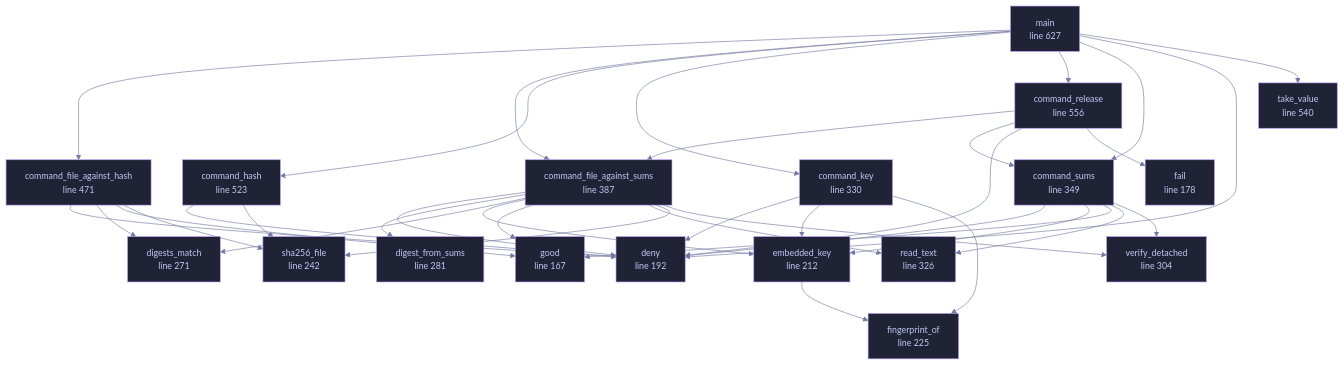
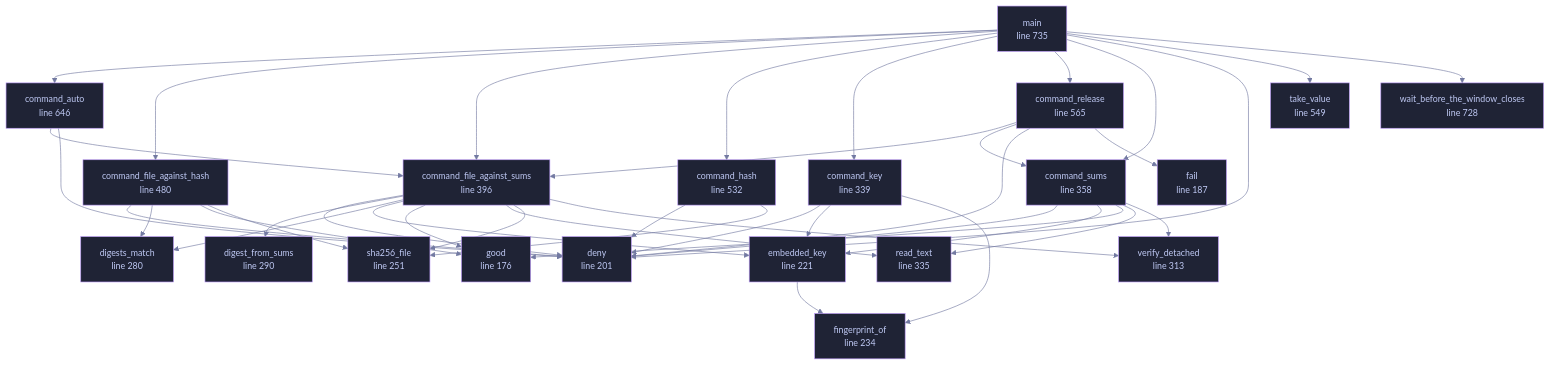
Before and after one commit to tilas01/veilvoice: the diagram in docs/files/veilvoice-verify/main.md, drawn with Mermaid. The commit also changed other lines of this file and 18 other files, not shown here.

````diff
--- a/docs/files/veilvoice-verify/main.md
+++ b/docs/files/veilvoice-verify/main.md
@@ -78,24 +78,28 @@
 ```mermaid
 %%{init: {"theme":"base","themeVariables":{"background":"#1a1b26","primaryColor":"#1f2335","primaryTextColor":"#c0caf5","primaryBorderColor":"#7aa2f7","secondaryColor":"#16161e","tertiaryColor":"#16161e","lineColor":"#737aa2","textColor":"#c0caf5","mainBkg":"#1f2335","nodeBorder":"#7aa2f7","clusterBkg":"#16161e","clusterBorder":"#2f3549","fontFamily":"ui-monospace, SFMono-Regular, Consolas, monospace","fontSize":"14px"}}}%%
 flowchart TD
-    n_good["good<br/>line 167"]
-    n_fail["fail<br/>line 178"]
-    n_deny["deny<br/>line 192"]
-    n_embedded_key["embedded_key<br/>line 212"]
-    n_fingerprint_of["fingerprint_of<br/>line 225"]
-    n_sha256_file["sha256_file<br/>line 242"]
-    n_digests_match["digests_match<br/>line 271"]
-    n_digest_from_sums["digest_from_sums<br/>line 281"]
-    n_verify_detached["verify_detached<br/>line 304"]
-    n_read_text["read_text<br/>line 326"]
-    n_command_key["command_key<br/>line 330"]
-    n_command_sums["command_sums<br/>line 349"]
-    n_command_file_against_sums["command_file_against_sums<br/>line 387"]
-    n_command_file_against_hash["command_file_against_hash<br/>line 471"]
-    n_command_hash["command_hash<br/>line 523"]
-    n_take_value["take_value<br/>line 540"]
-    n_command_release["command_release<br/>line 556"]
-    n_main["main<br/>line 627"]
+    n_good["good<br/>line 176"]
+    n_fail["fail<br/>line 187"]
+    n_deny["deny<br/>line 201"]
+    n_embedded_key["embedded_key<br/>line 221"]
+    n_fingerprint_of["fingerprint_of<br/>line 234"]
+    n_sha256_file["sha256_file<br/>line 251"]
+    n_digests_match["digests_match<br/>line 280"]
+    n_digest_from_sums["digest_from_sums<br/>line 290"]
+    n_verify_detached["verify_detached<br/>line 313"]
+    n_read_text["read_text<br/>line 335"]
+    n_command_key["command_key<br/>line 339"]
+    n_command_sums["command_sums<br/>line 358"]
+    n_command_file_against_sums["command_file_against_sums<br/>line 396"]
+    n_command_file_against_hash["command_file_against_hash<br/>line 480"]
+    n_command_hash["command_hash<br/>line 532"]
+    n_take_value["take_value<br/>line 549"]
+    n_command_release["command_release<br/>line 565"]
+    n_command_auto["command_auto<br/>line 646"]
+    n_wait_before_the_window_closes["wait_before_the_window_closes<br/>line 728"]
+    n_main["main<br/>line 735"]
+    n_command_auto --> n_command_file_against_sums
+    n_command_auto --> n_deny
     n_command_file_against_hash --> n_deny
     n_command_file_against_hash --> n_digests_match
     n_command_file_against_hash --> n_good
@@ -123,6 +127,7 @@
     n_command_sums --> n_read_text
     n_command_sums --> n_verify_detached
     n_embedded_key --> n_fingerprint_of
+    n_main --> n_command_auto
     n_main --> n_command_file_against_hash
     n_main --> n_command_file_against_sums
     n_main --> n_command_hash
@@ -131,24 +136,27 @@
     n_main --> n_command_sums
     n_main --> n_deny
     n_main --> n_take_value
-    click n_good href "https://github.com/tilas01/veilvoice/blob/main/crates/veilvoice-verify/src/main.rs#L167" "open the source"
-    click n_fail href "https://github.com/tilas01/veilvoice/blob/main/crates/veilvoice-verify/src/main.rs#L178" "open the source"
-    click n_deny href "https://github.com/tilas01/veilvoice/blob/main/crates/veilvoice-verify/src/main.rs#L192" "open the source"
-    click n_embedded_key href "https://github.com/tilas01/veilvoice/blob/main/crates/veilvoice-verify/src/main.rs#L212" "open the source"
-    click n_fingerprint_of href "https://github.com/tilas01/veilvoice/blob/main/crates/veilvoice-verify/src/main.rs#L225" "open the source"
-    click n_sha256_file href "https://github.com/tilas01/veilvoice/blob/main/crates/veilvoice-verify/src/main.rs#L242" "open the source"
-    click n_digests_match href "https://github.com/tilas01/veilvoice/blob/main/crates/veilvoice-verify/src/main.rs#L271" "open the source"
-    click n_digest_from_sums href "https://github.com/tilas01/veilvoice/blob/main/crates/veilvoice-verify/src/main.rs#L281" "open the source"
-    click n_verify_detached href "https://github.com/tilas01/veilvoice/blob/main/crates/veilvoice-verify/src/main.rs#L304" "open the source"
-    click n_read_text href "https://github.com/tilas01/veilvoice/blob/main/crates/veilvoice-verify/src/main.rs#L326" "open the source"
-    click n_command_key href "https://github.com/tilas01/veilvoice/blob/main/crates/veilvoice-verify/src/main.rs#L330" "open the source"
-    click n_command_sums href "https://github.com/tilas01/veilvoice/blob/main/crates/veilvoice-verify/src/main.rs#L349" "open the source"
-    click n_command_file_against_sums href "https://github.com/tilas01/veilvoice/blob/main/crates/veilvoice-verify/src/main.rs#L387" "open the source"
-    click n_command_file_against_hash href "https://github.com/tilas01/veilvoice/blob/main/crates/veilvoice-verify/src/main.rs#L471" "open the source"
-    click n_command_hash href "https://github.com/tilas01/veilvoice/blob/main/crates/veilvoice-verify/src/main.rs#L523" "open the source"
-    click n_take_value href "https://github.com/tilas01/veilvoice/blob/main/crates/veilvoice-verify/src/main.rs#L540" "open the source"
-    click n_command_release href "https://github.com/tilas01/veilvoice/blob/main/crates/veilvoice-verify/src/main.rs#L556" "open the source"
-    click n_main href "https://github.com/tilas01/veilvoice/blob/main/crates/veilvoice-verify/src/main.rs#L627" "open the source"
+    n_main --> n_wait_before_the_window_closes
+    click n_good href "https://github.com/tilas01/veilvoice/blob/main/crates/veilvoice-verify/src/main.rs#L176" "open the source"
+    click n_fail href "https://github.com/tilas01/veilvoice/blob/main/crates/veilvoice-verify/src/main.rs#L187" "open the source"
+    click n_deny href "https://github.com/tilas01/veilvoice/blob/main/crates/veilvoice-verify/src/main.rs#L201" "open the source"
+    click n_embedded_key href "https://github.com/tilas01/veilvoice/blob/main/crates/veilvoice-verify/src/main.rs#L221" "open the source"
+    click n_fingerprint_of href "https://github.com/tilas01/veilvoice/blob/main/crates/veilvoice-verify/src/main.rs#L234" "open the source"
+    click n_sha256_file href "https://github.com/tilas01/veilvoice/blob/main/crates/veilvoice-verify/src/main.rs#L251" "open the source"
+    click n_digests_match href "https://github.com/tilas01/veilvoice/blob/main/crates/veilvoice-verify/src/main.rs#L280" "open the source"
+    click n_digest_from_sums href "https://github.com/tilas01/veilvoice/blob/main/crates/veilvoice-verify/src/main.rs#L290" "open the source"
+    click n_verify_detached href "https://github.com/tilas01/veilvoice/blob/main/crates/veilvoice-verify/src/main.rs#L313" "open the source"
+    click n_read_text href "https://github.com/tilas01/veilvoice/blob/main/crates/veilvoice-verify/src/main.rs#L335" "open the source"
+    click n_command_key href "https://github.com/tilas01/veilvoice/blob/main/crates/veilvoice-verify/src/main.rs#L339" "open the source"
+    click n_command_sums href "https://github.com/tilas01/veilvoice/blob/main/crates/veilvoice-verify/src/main.rs#L358" "open the source"
+    click n_command_file_against_sums href "https://github.com/tilas01/veilvoice/blob/main/crates/veilvoice-verify/src/main.rs#L396" "open the source"
+    click n_command_file_against_hash href "https://github.com/tilas01/veilvoice/blob/main/crates/veilvoice-verify/src/main.rs#L480" "open the source"
+    click n_command_hash href "https://github.com/tilas01/veilvoice/blob/main/crates/veilvoice-verify/src/main.rs#L532" "open the source"
+    click n_take_value href "https://github.com/tilas01/veilvoice/blob/main/crates/veilvoice-verify/src/main.rs#L549" "open the source"
+    click n_command_release href "https://github.com/tilas01/veilvoice/blob/main/crates/veilvoice-verify/src/main.rs#L565" "open the source"
+    click n_command_auto href "https://github.com/tilas01/veilvoice/blob/main/crates/veilvoice-verify/src/main.rs#L646" "open the source"
+    click n_wait_before_the_window_closes href "https://github.com/tilas01/veilvoice/blob/main/crates/veilvoice-verify/src/main.rs#L728" "open the source"
+    click n_main href "https://github.com/tilas01/veilvoice/blob/main/crates/veilvoice-verify/src/main.rs#L735" "open the source"
     classDef helper fill:#1f2335,stroke:#bb9af7,color:#c0caf5
-    class n_good,n_fail,n_deny,n_embedded_key,n_fingerprint_of,n_sha256_file,n_digests_match,n_digest_from_sums,n_verify_detached,n_read_text,n_command_key,n_command_sums,n_command_file_against_sums,n_command_file_against_hash,n_command_hash,n_take_value,n_command_release,n_main helper
+    class n_good,n_fail,n_deny,n_embedded_key,n_fingerprint_of,n_sha256_file,n_digests_match,n_digest_from_sums,n_verify_detached,n_read_text,n_command_key,n_command_sums,n_command_file_against_sums,n_command_file_against_hash,n_command_hash,n_take_value,n_command_release,n_command_auto,n_wait_before_the_window_closes,n_main helper
 ```
````
